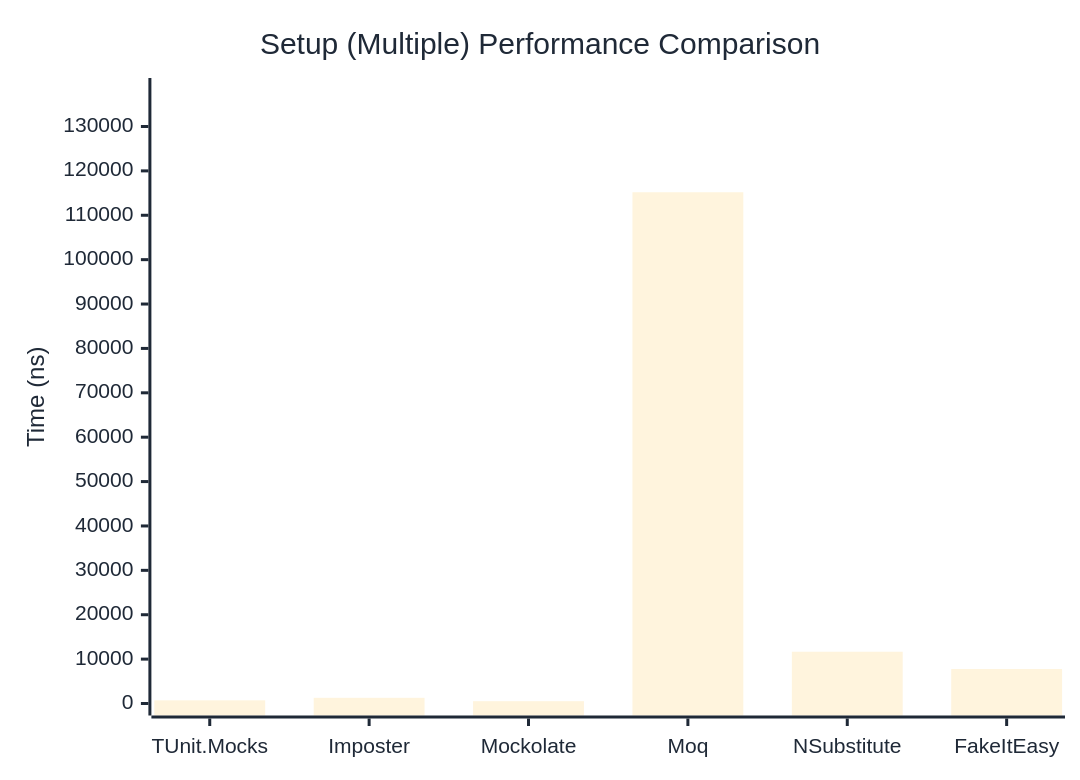
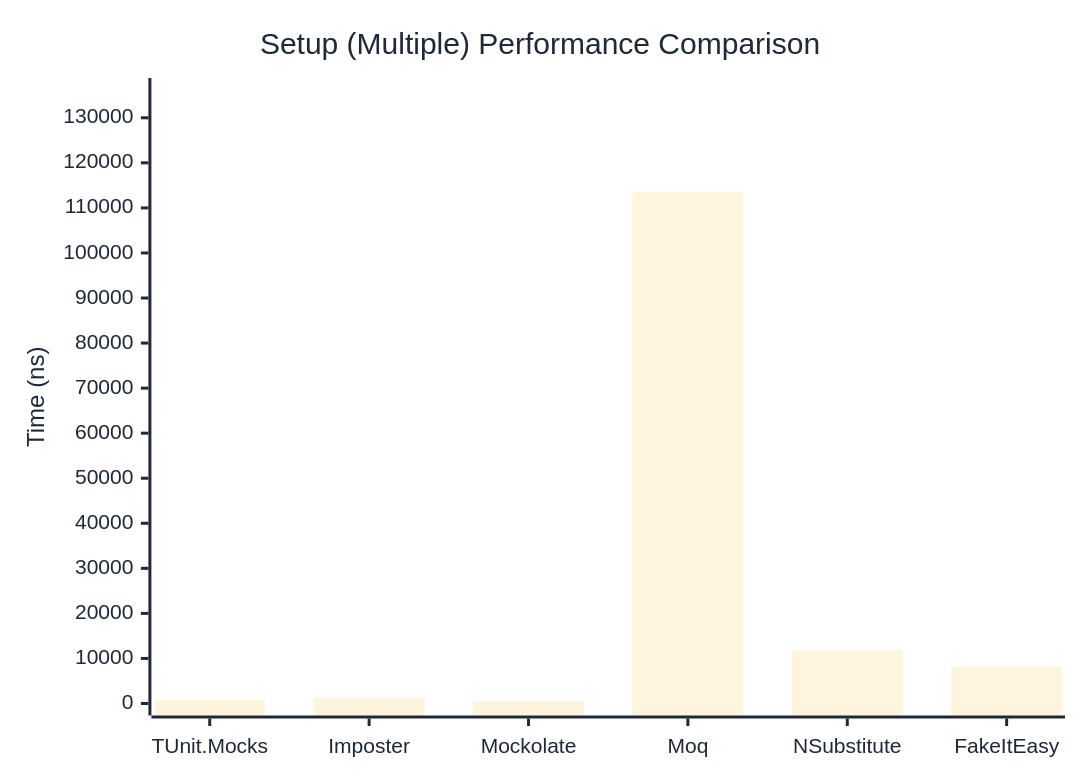
Before and after one commit to thomhurst/TUnit: the second of 2 diagrams in docs/docs/benchmarks/mocks/Setup.md, drawn with Mermaid. The commit also changed other lines of this file and 14 other files, not shown here.

````diff
--- a/docs/docs/benchmarks/mocks/Setup.md
+++ b/docs/docs/benchmarks/mocks/Setup.md
@@ -69,27 +69,27 @@
 ```mermaid
 %%{init: {
   'theme':'base',
   'themeVariables': {
     'primaryColor': '#2563eb',
     'primaryTextColor': '#1f2937',
     'primaryBorderColor': '#1e40af',
     'lineColor': '#6b7280',
     'secondaryColor': '#7c3aed',
     'tertiaryColor': '#dc2626',
     'background': '#ffffff',
     'pie1': '#2563eb',
     'pie2': '#7c3aed',
     'pie3': '#dc2626',
     'pie4': '#f59e0b',
     'pie5': '#10b981',
     'pie6': '#06b6d4',
     'pie7': '#ec4899',
     'pie8': '#6366f1'
   }
 }}%%
 xychart-beta
   title "Setup (Multiple) Performance Comparison"
   x-axis ["TUnit.Mocks", "Imposter", "Mockolate", "Moq", "NSubstitute", "FakeItEasy"]
-  y-axis "Time (ns)" 0 --> 138223
-  bar [711.4, 1281, 523.9, 115185.2, 11665.5, 7767.9]
+  y-axis "Time (ns)" 0 --> 136171
+  bar [740.6, 1331.4, 539.6, 113475.6, 11943.4, 8207.8]
 ```
````
